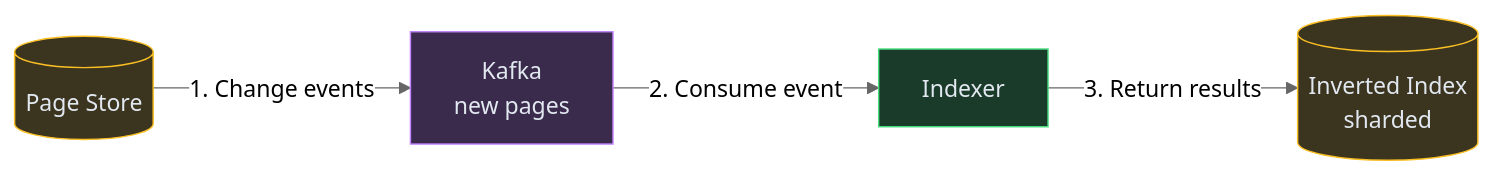
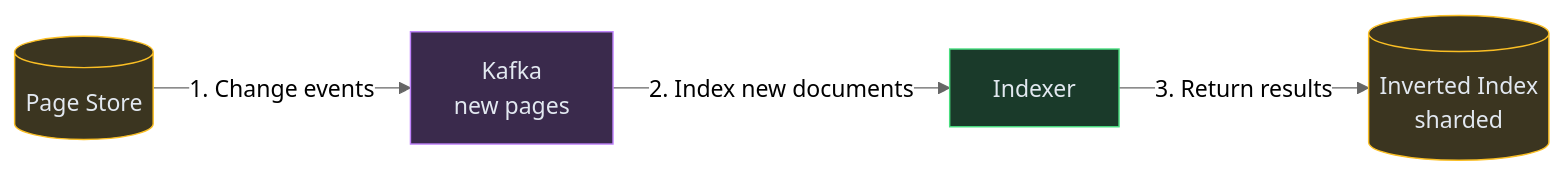
The third of 4 diagrams in content/hld/WebCrawler.md (iluzn/HLD-Designs), drawn with Mermaid (neutral theme) before and after one commit. The commit also changed other lines of this file and 27 other files, not shown here.

````diff
--- a/content/hld/WebCrawler.md
+++ b/content/hld/WebCrawler.md
@@ -121,15 +121,15 @@
 ```mermaid
 flowchart LR
     STORE[("Page Store")]:::data
     KAFKA["Kafka<br/>new pages"]:::async
     INDEXER["Indexer"]:::service
     INDEX[("Inverted Index<br/>sharded")]:::data
 
     STORE -->|"1. Change events"| KAFKA
-    KAFKA -->|"2. Consume event"| INDEXER
+    KAFKA -->|"2. Index new documents"| INDEXER
     INDEXER -->|"3. Return results"| INDEX
 
     classDef service fill:#1a3a2a,stroke:#4ade80,color:#e2e8f0
     classDef data fill:#3b3520,stroke:#fbbf24,color:#e2e8f0
     classDef async fill:#3a2a4c,stroke:#c084fc,color:#e2e8f0
 ```
````
